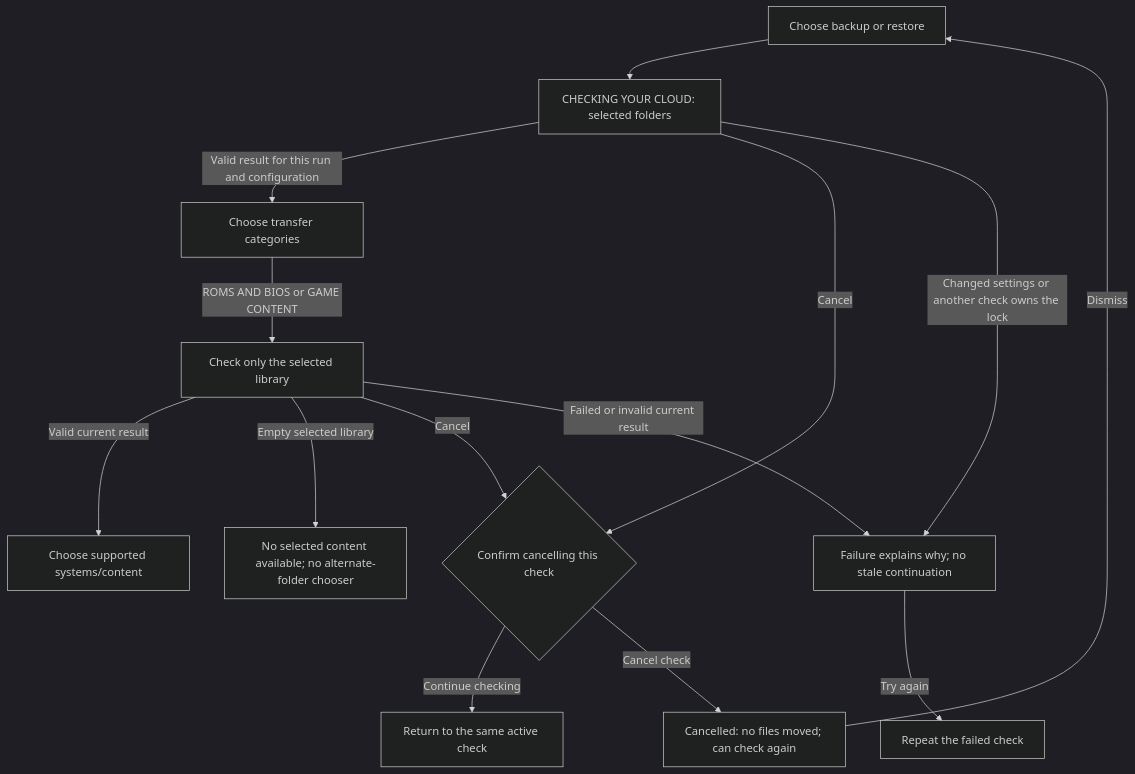
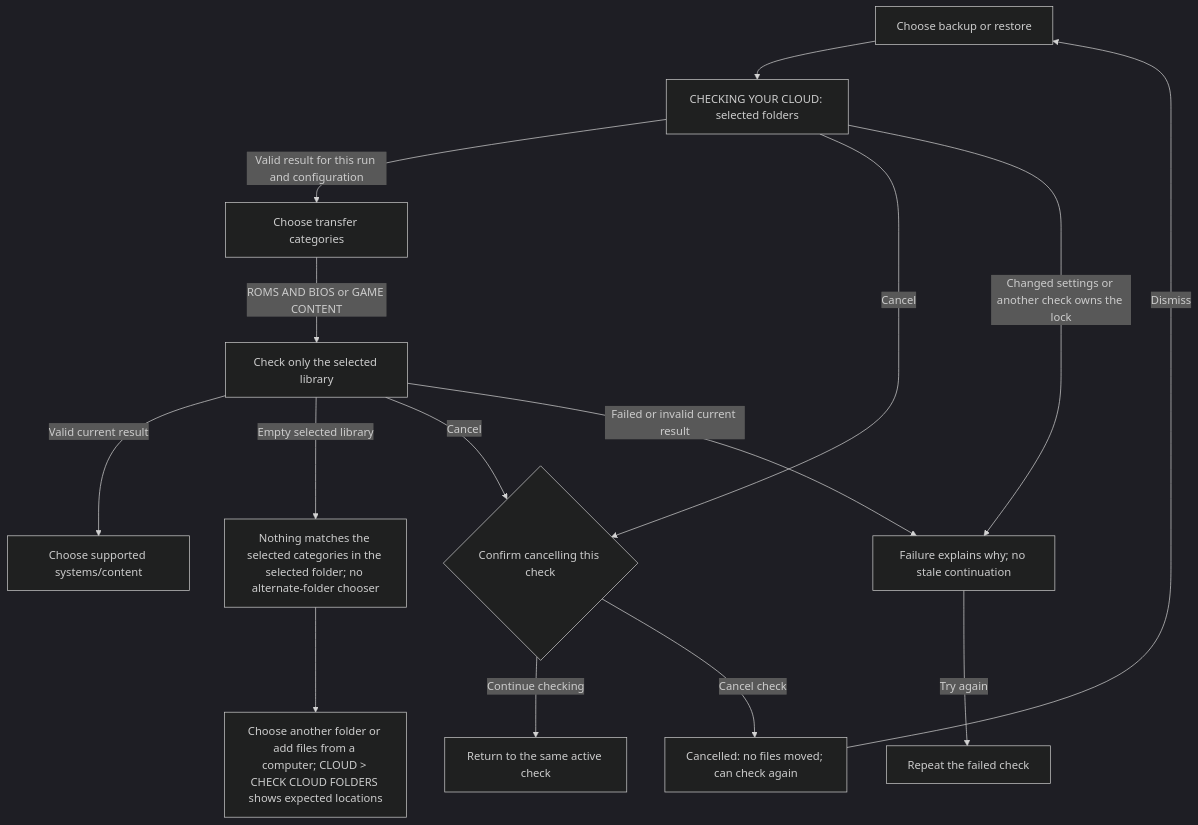
The second of 2 diagrams in docs/pixelelated/cloud-folder-flow-review.md (pixelelated/distribution), drawn with Mermaid (dark theme) before and after one commit. The commit also changed other lines of this file and 383 other files, not shown here.

First line of the commit message:
cloud: complete flow evidence and preserve final QA handoff

````diff
--- a/docs/pixelelated/cloud-folder-flow-review.md
+++ b/docs/pixelelated/cloud-folder-flow-review.md
@@ -143,16 +144,17 @@
 ```mermaid
 flowchart TD
     A[Choose backup or restore] --> S[CHECKING YOUR CLOUD: selected folders]
     S -->|Valid result for this run and configuration| O[Choose transfer categories]
     O -->|ROMS AND BIOS or GAME CONTENT| C[Check only the selected library]
     C -->|Valid current result| P[Choose supported systems/content]
-    C -->|Empty selected library| E[No selected content available; no alternate-folder chooser]
+    C -->|Empty selected library| E[Nothing matches the selected categories in the selected folder; no alternate-folder chooser]
+    E --> G[Choose another folder or add files from a computer; CLOUD > CHECK CLOUD FOLDERS shows expected locations]
     S -->|Cancel| Q{Confirm cancelling this check}
     C -->|Cancel| Q
     Q -->|Continue checking| K[Return to the same active check]
     Q -->|Cancel check| X[Cancelled: no files moved; can check again]
     S -->|Changed settings or another check owns the lock| F[Failure explains why; no stale continuation]
     C -->|Failed or invalid current result| F
     F -->|Try again| T[Repeat the failed check]
     X -->|Dismiss| A
 ```
````
